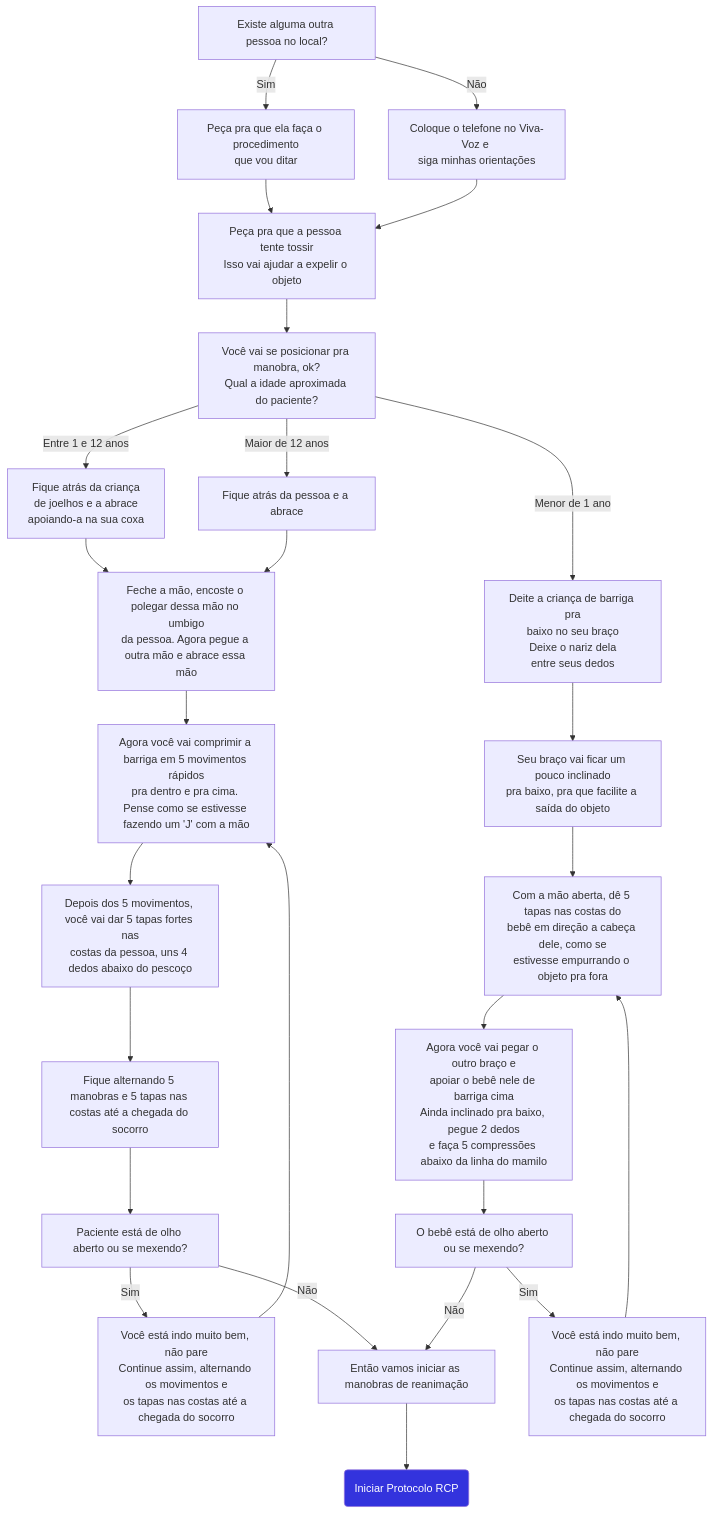
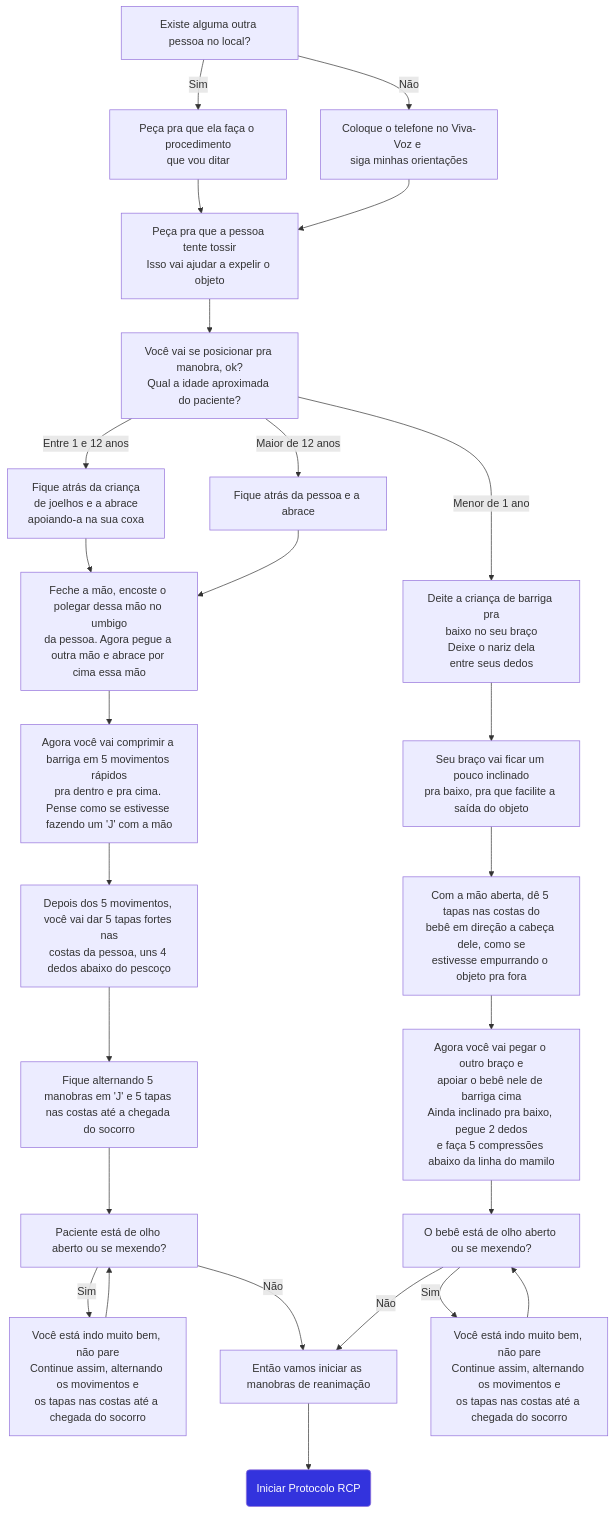
The diagram in docs/operacoes/OVACE.mdx (winstein27/protocolo-193), drawn with Mermaid before and after one commit. The commit also changed 2 other files, not shown here.

Commit message:
Ajustes no MVP

````diff
--- a/docs/operacoes/OVACE.mdx
+++ b/docs/operacoes/OVACE.mdx
@@ -7,37 +7,37 @@
 ```mermaid
 graph TD;
     existe_outra_pessoa["Existe alguma outra pessoa no local?"]-->|Sim|pedir_fazer_procedimento["Peça pra que ela faça o procedimento\nque vou ditar"]
     existe_outra_pessoa -->|Não| colocar_viva_voz["Coloque o telefone no Viva-Voz e \nsiga minhas orientações"]
     pedir_fazer_procedimento --> estimulo_tosse["Peça pra que a pessoa tente tossir\nIsso vai ajudar a expelir o objeto"]
     colocar_viva_voz --> estimulo_tosse
     estimulo_tosse --> verificar_idade["Você vai se posicionar pra manobra, ok?\nQual a idade aproximada do paciente?"]
     verificar_idade --> |Menor de 1 ano|posicionar_bebe["Deite a criança de barriga pra\nbaixo no seu braço\nDeixe o nariz dela\nentre seus dedos"]
     verificar_idade --> |Entre 1 e 12 anos|posicionar_crianca["Fique atrás da criança\nde joelhos e a abrace\napoiando-a na sua coxa"]
     verificar_idade --> |Maior de 12 anos|posicionar_adulto["Fique atrás da pessoa e a abrace"]
-    posicionar_crianca --> posicionar_mao["Feche a mão, encoste o polegar dessa mão no umbigo\nda pessoa. Agora pegue a outra mão e abrace essa mão"]
+    posicionar_crianca --> posicionar_mao["Feche a mão, encoste o polegar dessa mão no umbigo\nda pessoa. Agora pegue a outra mão e abrace por cima essa mão"]
     posicionar_adulto --> posicionar_mao
     posicionar_mao --> movimentar_mao["Agora você vai comprimir a barriga em 5 movimentos rápidos\npra dentro e pra cima. Pense como se estivesse fazendo um 'J' com a mão"]
     movimentar_mao --> tapotagem_adulto["Depois dos 5 movimentos, você vai dar 5 tapas fortes nas\ncostas da pessoa, uns 4 dedos abaixo do pescoço"]
-    tapotagem_adulto --> alternar_manobras["Fique alternando 5 manobras e 5 tapas nas costas até a chegada do socorro"]
+    tapotagem_adulto --> alternar_manobras["Fique alternando 5 manobras em 'J' e 5 tapas nas costas até a chegada do socorro"]
     alternar_manobras --> verificar_paciente["Paciente está de olho aberto ou se mexendo?"]
     verificar_paciente --> |Sim|continuar_procedimento["Você está indo muito bem, não pare\nContinue assim, alternando os movimentos e\nos tapas nas costas até a chegada do socorro"]
-    continuar_procedimento --> movimentar_mao
+    continuar_procedimento --> verificar_paciente
     verificar_paciente --> |Não|iniciar_rcp["Então vamos iniciar as manobras de reanimação"]
     iniciar_rcp -->ir_para_rcp("Iniciar Protocolo RCP"):::link
 
     posicionar_bebe --> inclinar_braco["Seu braço vai ficar um pouco inclinado\npra baixo, pra que facilite a saída do objeto"]
     inclinar_braco --> tapotagem_bebe["Com a mão aberta, dê 5 tapas nas costas do\nbebê em direção a cabeça dele, como se\nestivesse empurrando o objeto pra fora"]
     tapotagem_bebe --> compressao_bebe["Agora você vai pegar o outro braço e\napoiar o bebê nele de barriga cima\nAinda inclinado pra baixo, pegue 2 dedos\ne faça 5 compressões abaixo da linha do mamilo"]
     compressao_bebe --> verificar_bebe["O bebê está de olho aberto ou se mexendo?"]
     verificar_bebe --> |Sim|continuar_procedimento_bebe["Você está indo muito bem, não pare\nContinue assim, alternando os movimentos e\nos tapas nas costas até a chegada do socorro"]
-    continuar_procedimento_bebe --> tapotagem_bebe
+    continuar_procedimento_bebe --> verificar_bebe
     verificar_bebe --> |Não|iniciar_rcp
   
 
     
 
     classDef atendente fill:#d66, color:#fff
     classDef link fill:#33d, color:#fff
     click ir_para_rcp "/protocolo-193/operacoes/pcr" "Parada Cardiorrespiratória"
 
 ```
````
